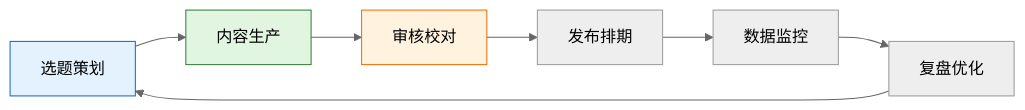
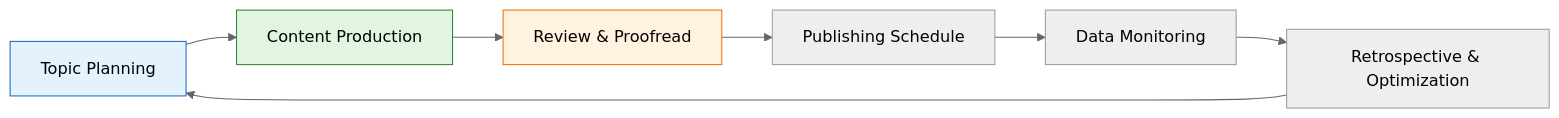
One commit to Kirky-X/cangjie changed the fifth of 9 diagrams in templates/产品/运营层/【模板】运营手册.md. Above: the diagram before and after it, drawn with Mermaid (neutral theme). The commit also changed other lines of this file and 46 other files, not shown here.

````diff
--- a/templates/产品/运营层/【模板】运营手册.md
+++ b/templates/产品/运营层/【模板】运营手册.md
@@ -227,13 +227,13 @@
 ```mermaid
 flowchart LR
-    A[选题策划] --> B[内容生产]
-    B --> C[审核校对]
-    C --> D[发布排期]
-    D --> E[数据监控]
-    E --> F[复盘优化]
+    A[Topic Planning] --> B[Content Production]
+    B --> C[Review & Proofread]
+    C --> D[Publishing Schedule]
+    D --> E[Data Monitoring]
+    E --> F[Retrospective & Optimization]
     F --> A
 
     style A fill:#e3f2fd,stroke:#1565c0
     style B fill:#e1f5e1,stroke:#2e7d32
     style C fill:#fff3e0,stroke:#ef6c00
 ```
````
